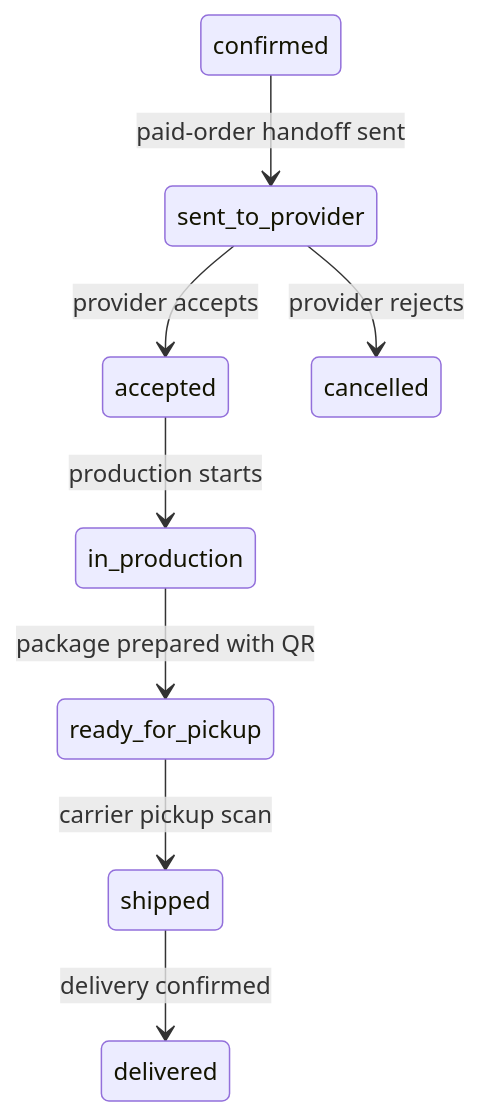
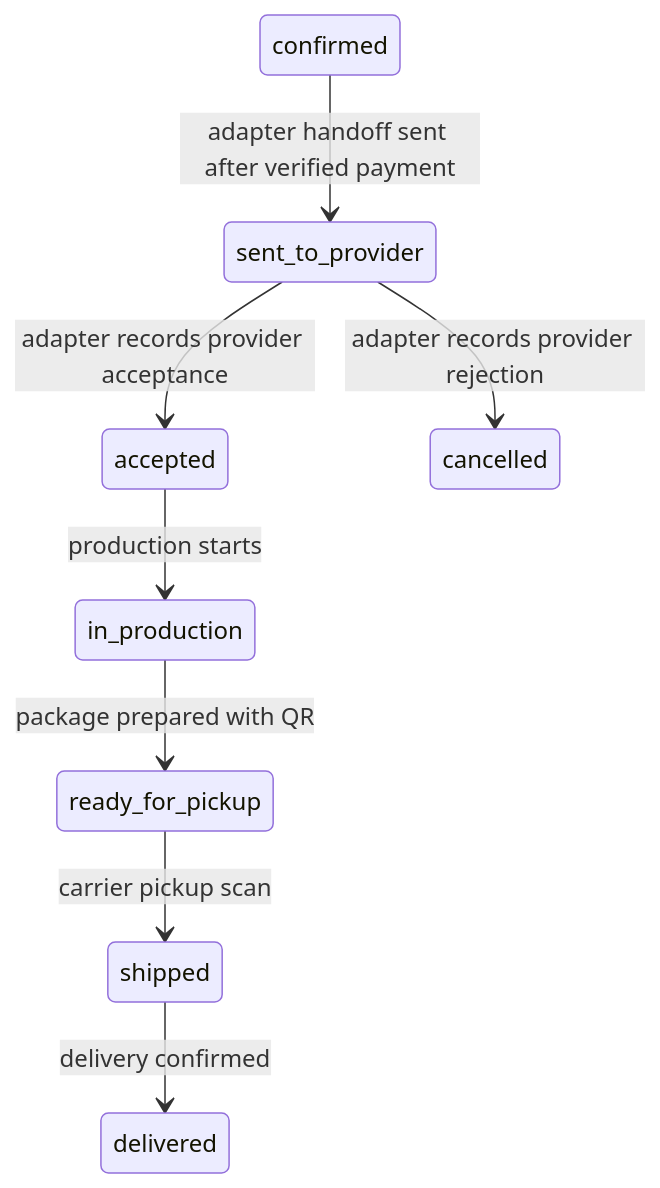
One commit to jovillal/placamia changed the second of 2 diagrams in docs/flows/provider-fulfillment-flow.md. Above: the diagram before and after it, drawn with Mermaid. The commit also changed other lines of this file and 18 other files, not shown here.

Commit message:
docs: define provider adapter contract roadmap

````diff
--- a/docs/flows/provider-fulfillment-flow.md
+++ b/docs/flows/provider-fulfillment-flow.md
@@ -40,10 +44,10 @@
 ```mermaid
 stateDiagram-v2
-    confirmed --> sent_to_provider: paid-order handoff sent
-    sent_to_provider --> accepted: provider accepts
-    sent_to_provider --> cancelled: provider rejects
+    confirmed --> sent_to_provider: adapter handoff sent after verified payment
+    sent_to_provider --> accepted: adapter records provider acceptance
+    sent_to_provider --> cancelled: adapter records provider rejection
     accepted --> in_production: production starts
     in_production --> ready_for_pickup: package prepared with QR
     ready_for_pickup --> shipped: carrier pickup scan
     shipped --> delivered: delivery confirmed
 ```
````
